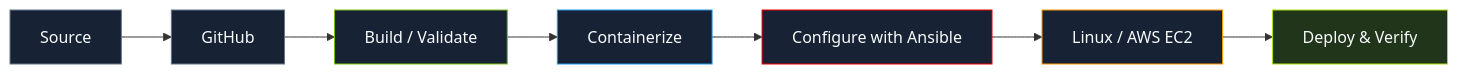
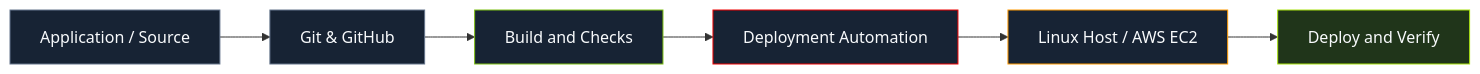
The diagram in README.md (YWKihar/YWKihar), drawn with Mermaid before and after one commit. The commit also changed other lines of this file, not shown here.

````diff
--- a/README.md
+++ b/README.md
@@ -51,17 +51,15 @@
 ```mermaid
 flowchart LR
-    A["Source"] --> B["GitHub"]
-    B --> C["Build / Validate"]
-    C --> D["Containerize"]
-    D --> E["Configure with Ansible"]
-    E --> F["Linux / AWS EC2"]
-    F --> G["Deploy & Verify"]
+    A["Application / Source"] --> B["Git & GitHub"]
+    B --> C["Build and Checks"]
+    C --> D["Deployment Automation"]
+    D --> E["Linux Host / AWS EC2"]
+    E --> F["Deploy and Verify"]
 
     style A fill:#172334,stroke:#64748b,color:#f8fafc
     style B fill:#172334,stroke:#64748b,color:#f8fafc
     style C fill:#172334,stroke:#7cbf12,color:#f8fafc
-    style D fill:#172334,stroke:#2496ed,color:#f8fafc
-    style E fill:#172334,stroke:#ee0000,color:#f8fafc
-    style F fill:#172334,stroke:#ff9900,color:#f8fafc
-    style G fill:#20351a,stroke:#a8e20e,color:#f8fafc
+    style D fill:#172334,stroke:#ee0000,color:#f8fafc
+    style E fill:#172334,stroke:#ff9900,color:#f8fafc
+    style F fill:#20351a,stroke:#a8e20e,color:#f8fafc
 ```
````
